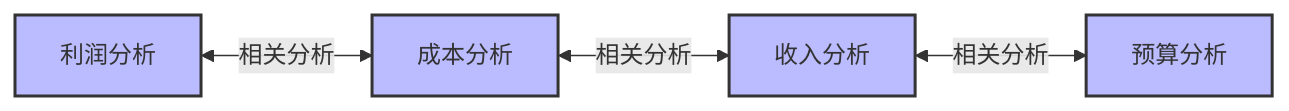
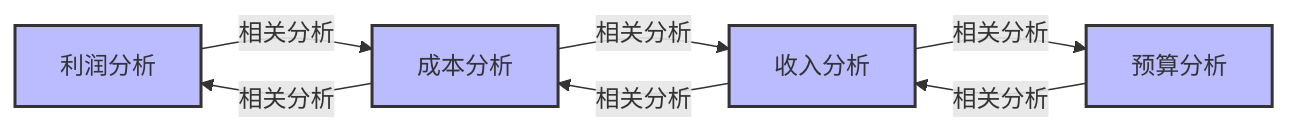
The third of 8 diagrams in src/site/notes/知识共享/001_财务/02_财务BI看板项目/看板架构设计/整体架构规划/看板层级结构.md (amcoimg/my-digital-garden), drawn with Mermaid before and after one commit. The commit also changed 10 other files, not shown here.

````diff
--- a/src/site/notes/知识共享/001_财务/02_财务BI看板项目/看板架构设计/整体架构规划/看板层级结构.md
+++ b/src/site/notes/知识共享/001_财务/02_财务BI看板项目/看板架构设计/整体架构规划/看板层级结构.md
@@ -98,11 +98,14 @@
 ```mermaid
 graph LR
-    A[利润分析] <-->|相关分析| B[成本分析]
-    B <-->|相关分析| C[收入分析]
-    C <-->|相关分析| D[预算分析]
+    A[利润分析] -- "相关分析" --> B[成本分析]
+    B -- "相关分析" --> A[利润分析]
+    B -- "相关分析" --> C[收入分析]
+    C -- "相关分析" --> B[成本分析]
+    C -- "相关分析" --> D[预算分析]
+    D -- "相关分析" --> C[收入分析]
     
     style A fill:#bbf,stroke:#333,stroke-width:2px
     style B fill:#bbf,stroke:#333,stroke-width:2px
     style C fill:#bbf,stroke:#333,stroke-width:2px
     style D fill:#bbf,stroke:#333,stroke-width:2px
 ```
````
